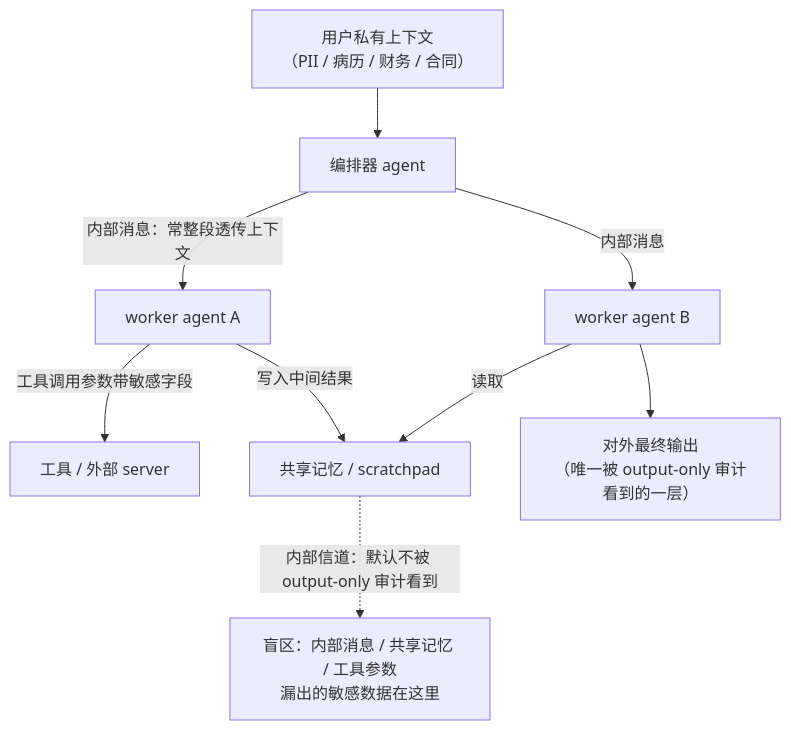
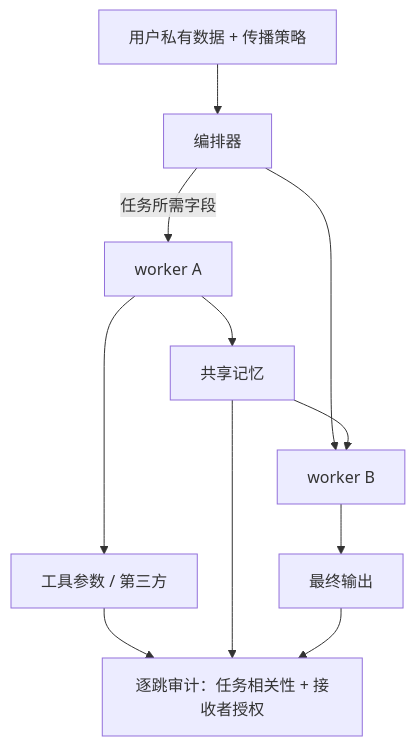
One commit to XuebinMa/AIWiki changed the diagram in privacy/04-rag-agents/multi-agent-internal-leakage.mdx. Above: the diagram before and after it, drawn with Mermaid. The commit also changed other lines of this file and 325 other files, not shown here.

````diff
--- a/privacy/04-rag-agents/multi-agent-internal-leakage.mdx
+++ b/privacy/04-rag-agents/multi-agent-internal-leakage.mdx
@@ -34,11 +37,13 @@
 ```mermaid
 flowchart TB
-    U["用户私有上下文<br/>（PII / 病历 / 财务 / 合同）"] --> O["编排器 agent"]
-    O -->|"内部消息：常整段透传上下文"| W1["worker agent A"]
-    O -->|"内部消息"| W2["worker agent B"]
-    W1 -->|"工具调用参数带敏感字段"| T["工具 / 外部 server"]
-    W1 -->|"写入中间结果"| M["共享记忆 / scratchpad"]
-    W2 -->|"读取"| M
-    W2 --> OUT["对外最终输出<br/>（唯一被 output-only 审计看到的一层）"]
-    M -.->|"内部信道：默认不被 output-only 审计看到"| AUD["盲区：内部消息 / 共享记忆 / 工具参数<br/>漏出的敏感数据在这里"]
+    U["用户私有数据 + 传播策略"] --> O["编排器"]
+    O -->|"任务所需字段"| W1["worker A"]
+    O --> W2["worker B"]
+    W1 --> T["工具参数 / 第三方"]
+    W1 --> M["共享记忆"]
+    M --> W2
+    W2 --> OUT["最终输出"]
+    T --> AUD["逐跳审计：任务相关性 + 接收者授权"]
+    M --> AUD
+    OUT --> AUD
 ```
````
